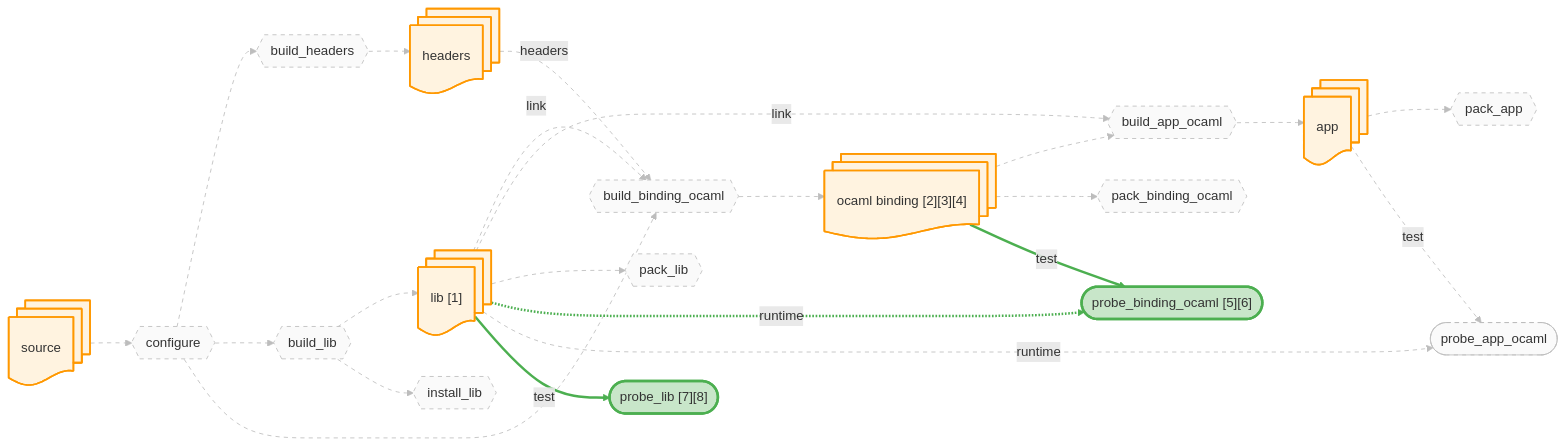
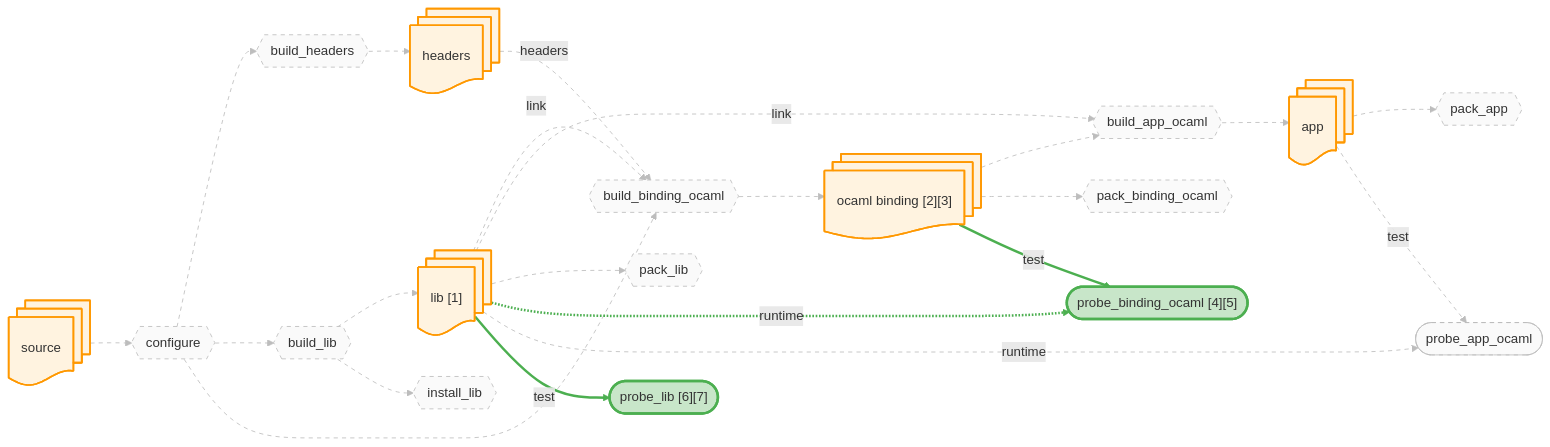
The diagram in docs/canary/projects/zlib/-run/diagrams/all.mmd (JHU-PL-Lab/tola), drawn with Mermaid before and after one commit. The commit also changed 34 other files, not shown here.

```diff
--- a/docs/canary/projects/zlib/-run/diagrams/all.mmd
+++ b/docs/canary/projects/zlib/-run/diagrams/all.mmd
@@ -1,84 +1,84 @@
 graph LR
     source_node@{ shape: docs, label: "source" }
     headers_node@{ shape: docs, label: "headers" }
     lib_node@{ shape: docs, label: "lib [1]" }
     app_node@{ shape: docs, label: "app" }
-    ocaml_binding_node@{ shape: docs, label: "ocaml binding [2][3][4]" }
+    ocaml_binding_node@{ shape: docs, label: "ocaml binding [2][3]" }
 
     A_configure{{"configure"}}
     A_build_headers{{"build_headers"}}
     A_build_lib{{"build_lib"}}
     A_build_binding_ocaml{{"build_binding_ocaml"}}
     A_build_app_ocaml{{"build_app_ocaml"}}
     A_install_lib{{"install_lib"}}
     A_pack_binding_ocaml{{"pack_binding_ocaml"}}
     A_pack_lib{{"pack_lib"}}
     A_pack_app{{"pack_app"}}
-    A_probe_binding_ocaml(["probe_binding_ocaml [5][6]"])
+    A_probe_binding_ocaml(["probe_binding_ocaml [4][5]"])
     A_probe_app_ocaml(["probe_app_ocaml"])
-    A_probe_lib(["probe_lib [7][8]"])
+    A_probe_lib(["probe_lib [6][7]"])
 
     source_node --> A_configure
     A_configure --> A_build_headers
     A_build_headers --> headers_node
     A_configure --> A_build_lib
     A_build_lib --> lib_node
     A_configure --> A_build_binding_ocaml
     headers_node -.->|headers| A_build_binding_ocaml
     lib_node -.->|link| A_build_binding_ocaml
     A_build_binding_ocaml --> ocaml_binding_node
     ocaml_binding_node --> A_build_app_ocaml
     lib_node -.->|link| A_build_app_ocaml
     A_build_app_ocaml --> app_node
     A_build_lib --> A_install_lib
     ocaml_binding_node --> A_pack_binding_ocaml
     lib_node --> A_pack_lib
     app_node --> A_pack_app
     ocaml_binding_node -->|test| A_probe_binding_ocaml
     lib_node -.->|runtime| A_probe_binding_ocaml
     app_node -->|test| A_probe_app_ocaml
     lib_node -.->|runtime| A_probe_app_ocaml
     lib_node -->|test| A_probe_lib
 
     classDef artifact fill:#fff3e0,stroke:#ff9800,stroke-width:2px
     classDef action fill:#f3e5f5,stroke:#9c27b0,stroke-width:2px
     classDef st_done fill:#c8e6c9,stroke:#4caf50,stroke-width:3px
     classDef st_done_ctx fill:#e8f5e9,stroke:#a5d6a7,stroke-width:1.5px
     classDef st_expected_fail fill:#fff9c4,stroke:#f9a825,stroke-width:2px
     classDef st_failed fill:#ffcdd2,stroke:#c62828,stroke-width:2px
     classDef st_skipped fill:#f5f5f5,stroke:#9e9e9e,stroke-dasharray:5
     classDef st_nospec fill:#fafafa,stroke:#bdbdbd,stroke-dasharray:5
     class source_node,headers_node,lib_node,app_node,ocaml_binding_node artifact
     class A_configure st_nospec
     class A_build_headers st_nospec
     class A_build_lib st_nospec
     class A_build_binding_ocaml st_nospec
     class A_build_app_ocaml st_nospec
     class A_install_lib st_nospec
     class A_pack_binding_ocaml st_nospec
     class A_pack_lib st_nospec
     class A_pack_app st_nospec
     class A_probe_binding_ocaml st_done
     class A_probe_app_ocaml st_nospec
     class A_probe_lib st_done
     linkStyle 0 stroke:#bdbdbd,stroke-width:1px,stroke-dasharray:5
     linkStyle 1 stroke:#bdbdbd,stroke-width:1px,stroke-dasharray:5
     linkStyle 2 stroke:#bdbdbd,stroke-width:1px,stroke-dasharray:5
     linkStyle 3 stroke:#bdbdbd,stroke-width:1px,stroke-dasharray:5
     linkStyle 4 stroke:#bdbdbd,stroke-width:1px,stroke-dasharray:5
     linkStyle 5 stroke:#bdbdbd,stroke-width:1px,stroke-dasharray:5
     linkStyle 6 stroke:#bdbdbd,stroke-width:1px,stroke-dasharray:5
     linkStyle 7 stroke:#bdbdbd,stroke-width:1px,stroke-dasharray:5
     linkStyle 8 stroke:#bdbdbd,stroke-width:1px,stroke-dasharray:5
     linkStyle 9 stroke:#bdbdbd,stroke-width:1px,stroke-dasharray:5
     linkStyle 10 stroke:#bdbdbd,stroke-width:1px,stroke-dasharray:5
     linkStyle 11 stroke:#bdbdbd,stroke-width:1px,stroke-dasharray:5
     linkStyle 12 stroke:#bdbdbd,stroke-width:1px,stroke-dasharray:5
     linkStyle 13 stroke:#bdbdbd,stroke-width:1px,stroke-dasharray:5
     linkStyle 14 stroke:#bdbdbd,stroke-width:1px,stroke-dasharray:5
     linkStyle 15 stroke:#bdbdbd,stroke-width:1px,stroke-dasharray:5
     linkStyle 16 stroke:#4caf50,stroke-width:3px
     linkStyle 17 stroke:#4caf50,stroke-width:3px
     linkStyle 18 stroke:#bdbdbd,stroke-width:1px,stroke-dasharray:5
     linkStyle 19 stroke:#bdbdbd,stroke-width:1px,stroke-dasharray:5
     linkStyle 20 stroke:#4caf50,stroke-width:3px
```
